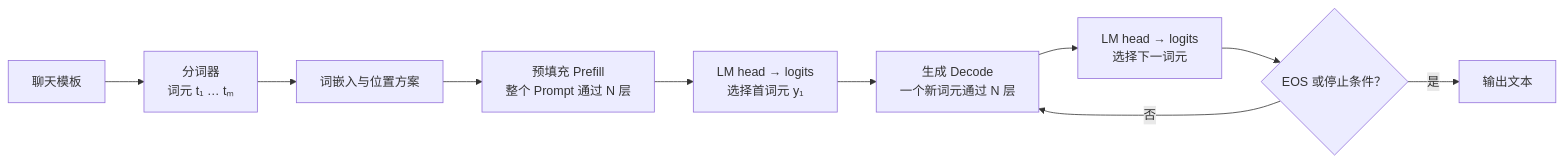
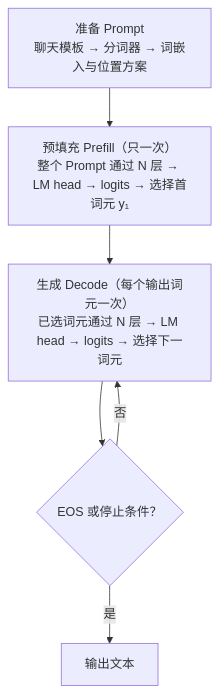
The first of 3 diagrams in 03_components/3.8_gpt_inference_flow.md (yeasy/llm_internals), drawn with Mermaid before and after one commit.

Commit message:
docs(llm): make inference flow vertical

````diff
--- a/03_components/3.8_gpt_inference_flow.md
+++ b/03_components/3.8_gpt_inference_flow.md
@@ -13,12 +13,9 @@
 ```mermaid
-flowchart LR
-    chat["聊天模板"] --> tok["分词器<br/>词元 t₁ … tₘ"]
-    tok --> repr["词嵌入与位置方案"]
-    repr --> prefill["预填充 Prefill<br/>整个 Prompt 通过 N 层"]
-    prefill --> first["LM head → logits<br/>选择首词元 y₁"]
-    first --> decode["生成 Decode<br/>一个新词元通过 N 层"]
-    decode --> next["LM head → logits<br/>选择下一词元"]
-    next --> stop{"EOS 或停止条件？"}
+flowchart TB
+    prepare["准备 Prompt<br/>聊天模板 → 分词器 → 词嵌入与位置方案"]
+    prepare --> prefill["预填充 Prefill（只一次）<br/>整个 Prompt 通过 N 层 → LM head → logits → 选择首词元 y₁"]
+    prefill --> decode["生成 Decode（每个输出词元一次）<br/>已选词元通过 N 层 → LM head → logits → 选择下一词元"]
+    decode --> stop{"EOS 或停止条件？"}
     stop -->|"否"| decode
     stop -->|"是"| answer["输出文本"]
 ```
````
